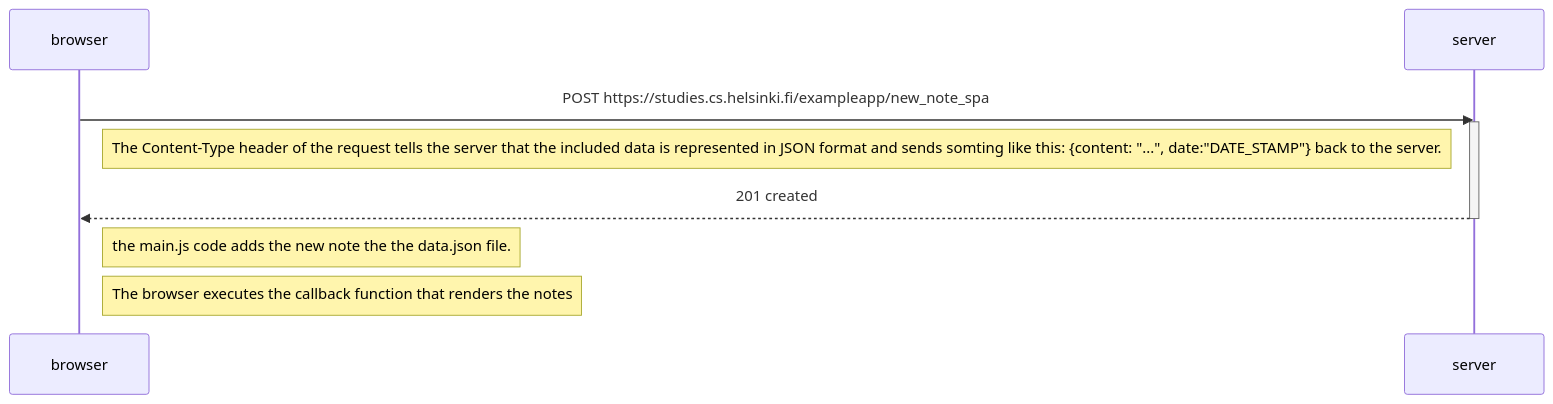
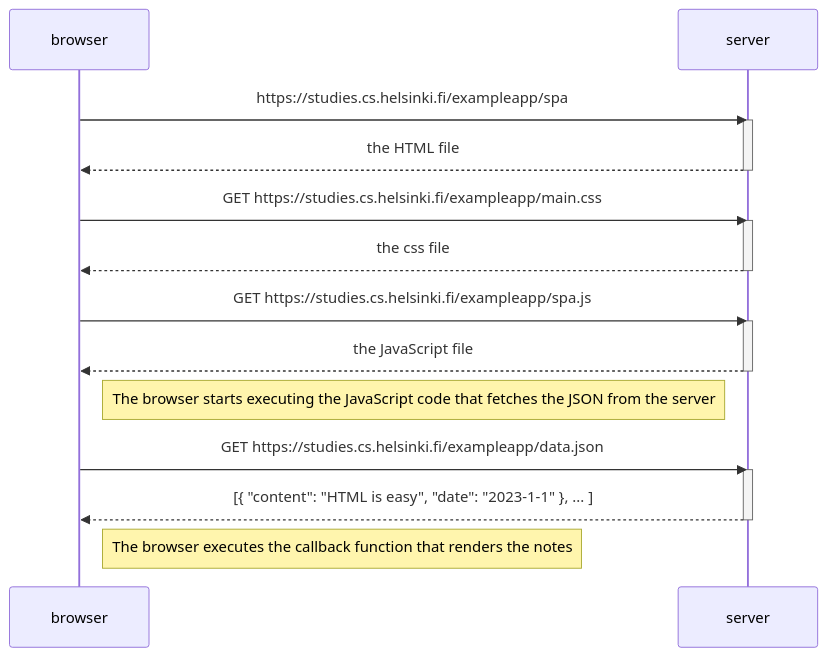
Before and after one commit to djedjehasi/fso: the diagram in part0/0.5.md, drawn with Mermaid.

Commit message:
Update 0.5.md
fixing the md file to describe loading the spa page https://studies.cs.helsinki.fi/exampleapp/spa

````diff
--- a/part0/0.5.md
+++ b/part0/0.5.md
@@ -1,15 +1,29 @@
 ```mermaid
 sequenceDiagram
     participant browser
     participant server
 
-    browser->>server: POST https://studies.cs.helsinki.fi/exampleapp/new_note_spa
+    browser->>server: https://studies.cs.helsinki.fi/exampleapp/spa
     activate server
-    Note right of browser: The Content-Type header of the request tells the server that the included data is represented in JSON format and sends somting like this: {content: "...", date:"DATE_STAMP"} back to the server.
-    server-->>browser: 201 created 
+    server-->>browser: the HTML file
     deactivate server
 
-    Note right of browser: the main.js code adds the new note the the data.json file.
-    
+    browser->>server: GET https://studies.cs.helsinki.fi/exampleapp/main.css
+    activate server
+    server-->>browser: the css file
+    deactivate server
+
+    browser->>server: GET https://studies.cs.helsinki.fi/exampleapp/spa.js
+    activate server
+    server-->>browser: the JavaScript file
+    deactivate server
+
+    Note right of browser: The browser starts executing the JavaScript code that fetches the JSON from the server
+
+    browser->>server: GET https://studies.cs.helsinki.fi/exampleapp/data.json
+    activate server
+    server-->>browser: [{ "content": "HTML is easy", "date": "2023-1-1" }, ... ]
+    deactivate server
+
     Note right of browser: The browser executes the callback function that renders the notes
 ```
````
